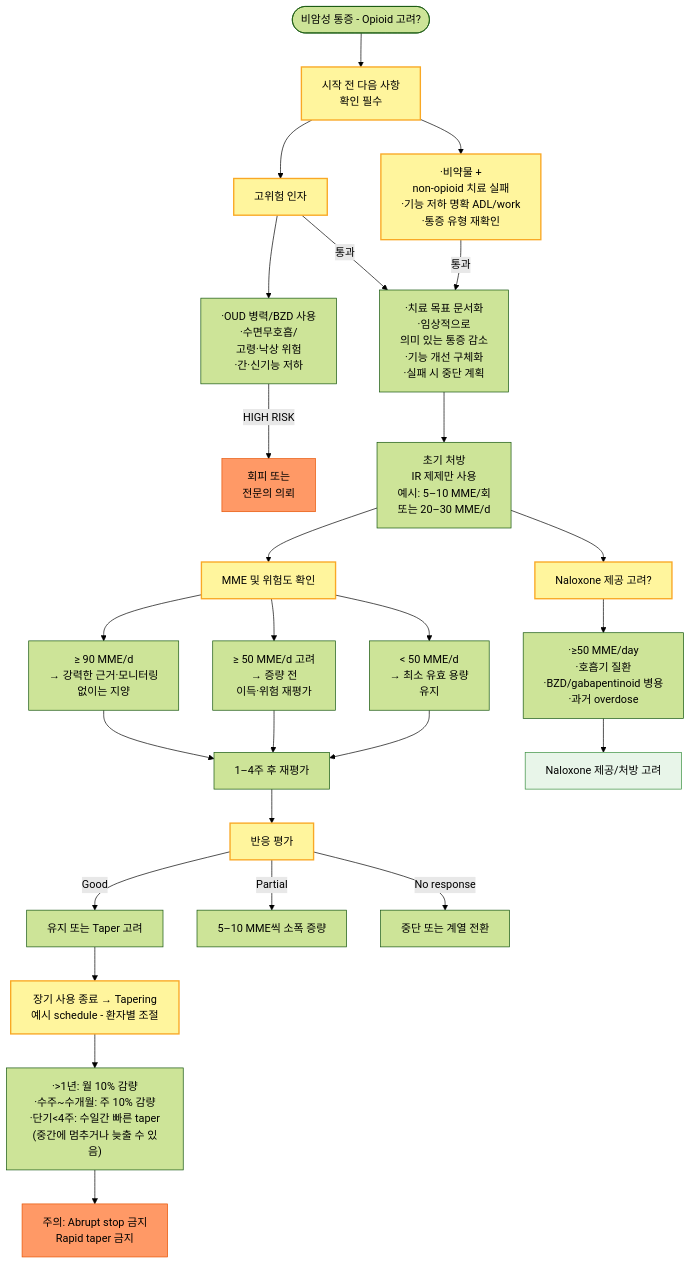
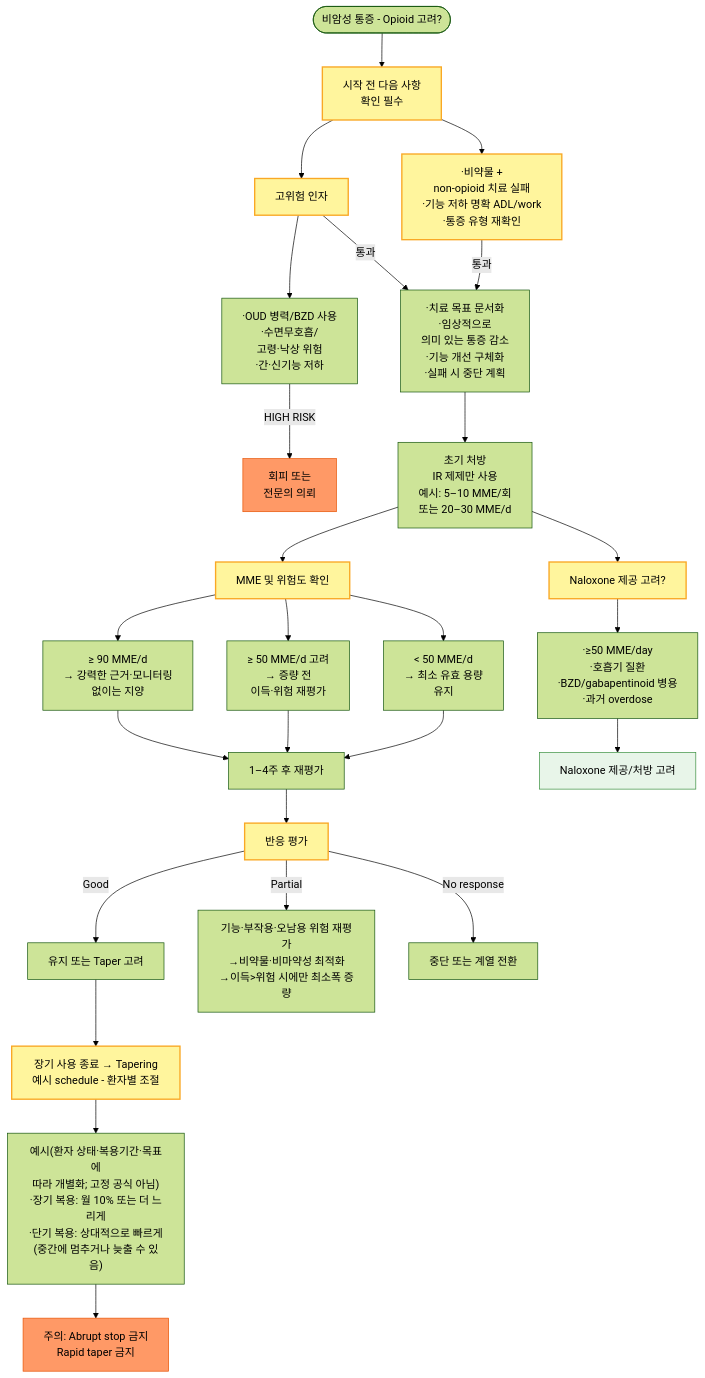
One commit to familyoh77/familyoh77 changed the second of 2 diagrams in 220_/001_-pain.md. Above: the diagram before and after it, drawn with Mermaid (forest theme). The commit also changed other lines of this file, not shown here.

````diff
--- a/220_/001_-pain.md
+++ b/220_/001_-pain.md
@@ -400,31 +400,31 @@
 ```mermaid
 flowchart TD
     A([비암성 통증 - Opioid 고려?]) --> B[시작 전 다음 사항 \n확인 필수]
     B --> B1[·비약물 + \nnon-opioid 치료 실패\n·기능 저하 명확 ADL/work\n·통증 유형 재확인]
     B --> B2[고위험 인자]
     B2 --> BH[·OUD 병력/BZD 사용\n·수면무호흡/\n고령·낙상 위험\n·간·신기능 저하]
     BH -->|HIGH RISK| C[회피 또는 \n전문의 의뢰]
     B1 & B2 -->|통과| D[·치료 목표 문서화\n·임상적으로 \n의미 있는 통증 감소\n·기능 개선 구체화\n·실패 시 중단 계획]
     D --> E[초기 처방\nIR 제제만 사용\n예시: 5–10 MME/회\n또는 20–30 MME/d]
     E --> F[MME 및 위험도 확인]
     F --> F1["&lt; 50 MME/d \n→ 최소 유효 용량 \n유지"]
     F --> F2["≥ 50 MME/d 고려 \n→ 증량 전 \n이득·위험 재평가"]
     F --> F3["≥ 90 MME/d \n→ 강력한 근거·모니터링 \n없이는 지양"]
     F1 & F2 & F3 --> G[1–4주 후 재평가]
     G --> H[반응 평가]
     H -->|Good| I[유지 또는 Taper 고려]
-    H -->|Partial| J[5–10 MME씩 소폭 증량]
+    H -->|Partial| J["기능·부작용·오남용 위험 재평가\n→비약물·비마약성 최적화\n→이득&gt;위험 시에만 최소폭 증량"]
     H -->|No response| K[중단 또는 계열 전환]
     E --> L[Naloxone 제공 고려?]
     L --> L1[·≥50 MME/day\n·호흡기 질환\n·BZD/gabapentinoid 병용\n·과거 overdose]
     L1 --> M[Naloxone 제공/처방 고려]
     I --> N[장기 사용 종료 → Tapering\n예시 schedule - 환자별 조절]
-    N --> N1["·>1년: 월 10% 감량\n·수주~수개월: 주 10% 감량\n·단기&lt;4주: 수일간 빠른 taper\n(중간에 멈추거나 늦출 수 있음)"]
+    N --> N1["예시(환자 상태·복용기간·목표에\n따라 개별화; 고정 공식 아님)\n·장기 복용: 월 10% 또는 더 느리게\n·단기 복용: 상대적으로 빠르게\n(중간에 멈추거나 늦출 수 있음)"]
     N1 --> O[주의: Abrupt stop 금지\n Rapid taper 금지]
     style C fill:#f96,stroke:#e65100
     style O fill:#f96,stroke:#e65100
     style M fill:#e8f5e9,stroke:#388e3c
 classDef yellow fill:#fff59d,stroke:#f9a825,stroke-width:2px
 class B,B1,B2,F,H,L,N yellow
 
 ```
````
